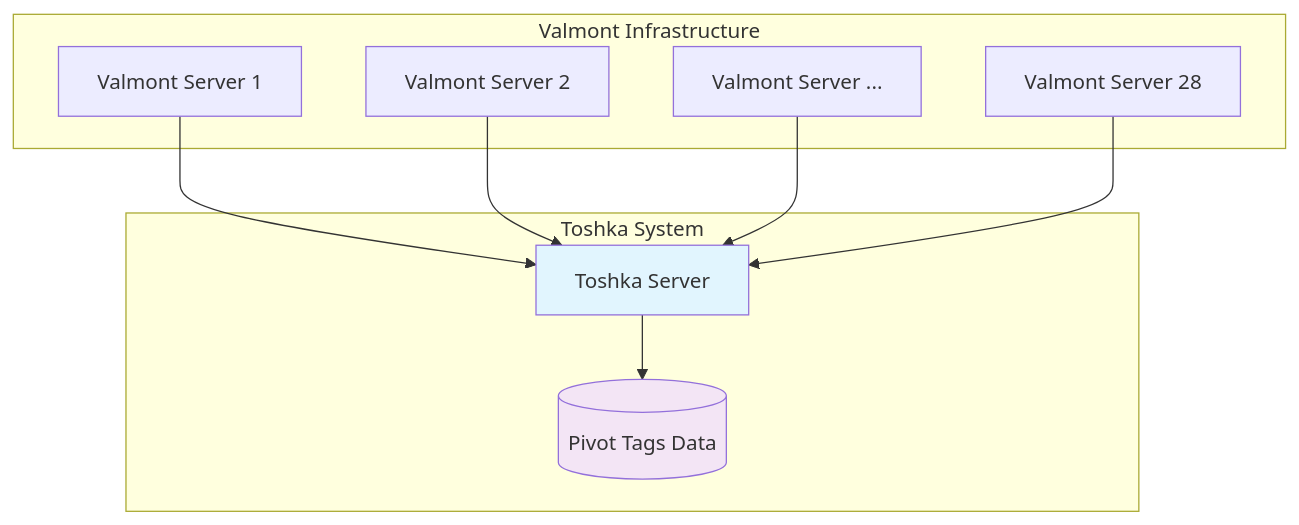
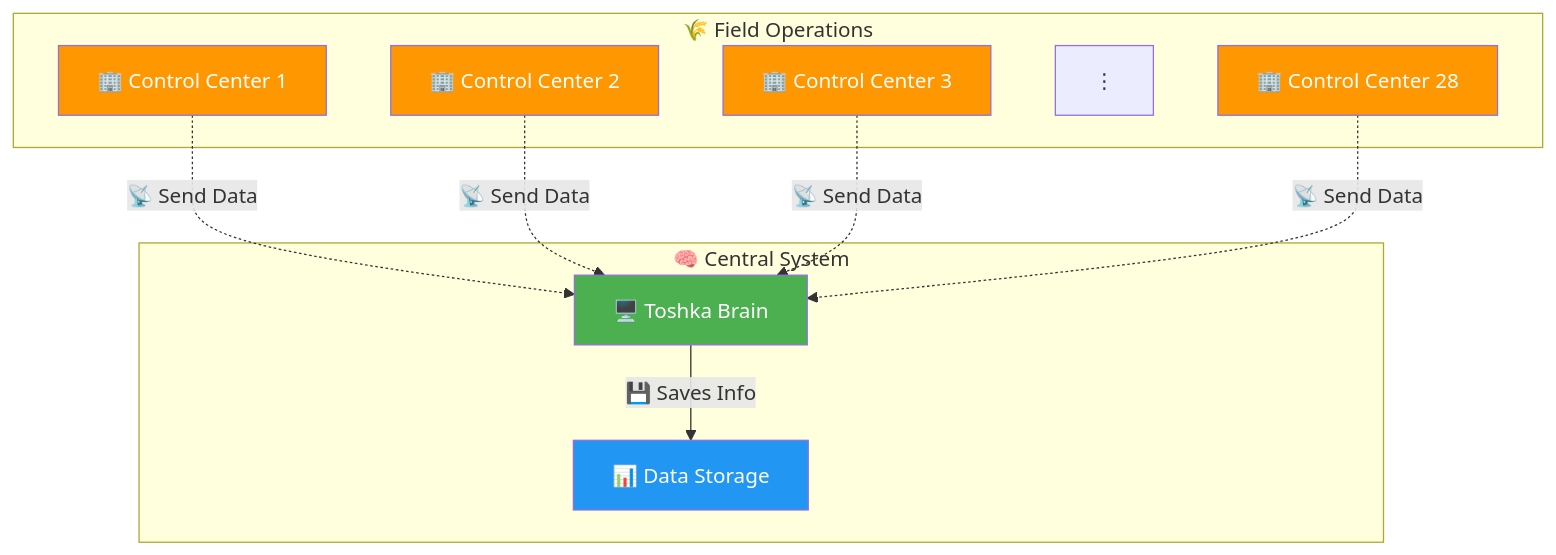
One commit to DevGadBadr/toshkaPivotAPI changed the first of 6 diagrams in README.md. Above: the diagram before and after it, drawn with Mermaid. The commit also changed other lines of this file, not shown here.

````diff
--- a/README.md
+++ b/README.md
@@ -9,23 +11,29 @@
 ```mermaid
 graph TB
-    subgraph "Valmont Infrastructure"
-        V1[Valmont Server 1]
-        V2[Valmont Server 2]
-        V3[Valmont Server ...]
-        V28[Valmont Server 28]
+    subgraph "🌾 Field Operations"
+        V1[🏢 Control Center 1]
+        V2[🏢 Control Center 2]
+        V3[🏢 Control Center 3]
+        Vdots[⋮]
+        V28[🏢 Control Center 28]
     end
     
-    subgraph "Toshka System"
-        TS[Toshka Server]
-        PTD[(Pivot Tags Data)]
+    subgraph "🧠 Central System"
+        TS[🖥️ Toshka Brain]
+        PTD[📊 Data Storage]
     end
     
-    V1 --> TS
-    V2 --> TS
-    V3 --> TS
-    V28 --> TS
-    TS --> PTD
+    V1 -.->|📡 Send Data| TS
+    V2 -.->|📡 Send Data| TS
+    V3 -.->|📡 Send Data| TS
+    V28 -.->|📡 Send Data| TS
     
-    style TS fill:#e1f5fe
-    style PTD fill:#f3e5f5
+    TS -->|💾 Saves Info| PTD
+    
+    style TS fill:#4CAF50,color:#fff
+    style PTD fill:#2196F3,color:#fff
+    style V1 fill:#FF9800,color:#fff
+    style V2 fill:#FF9800,color:#fff
+    style V3 fill:#FF9800,color:#fff
+    style V28 fill:#FF9800,color:#fff
 ```
````
